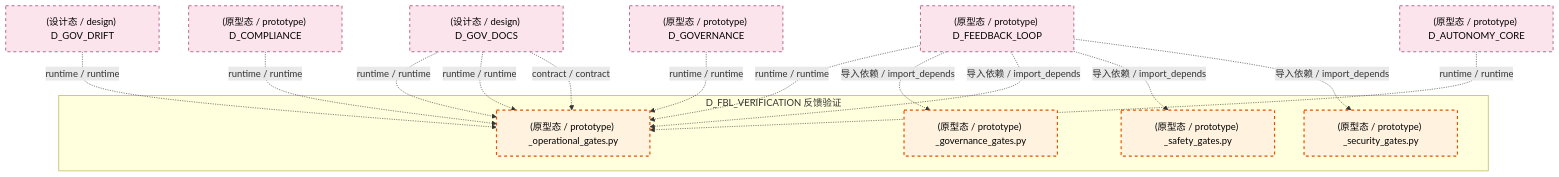
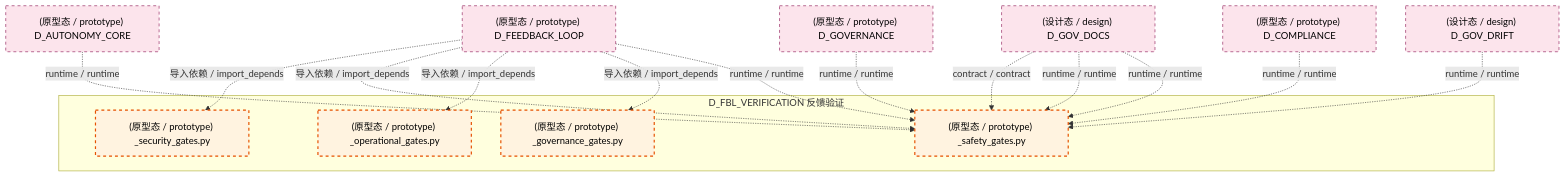
Before and after one commit to xuanFelixVan/ZephyrAlpha: the fourth of 5 diagrams in docs/02_enterprise_architecture/02_domain_architecture_docs/13_d_fbl_verification.md, drawn with Mermaid. The commit also changed other lines of this file and 123 other files, not shown here.

````diff
--- a/docs/02_enterprise_architecture/02_domain_architecture_docs/13_d_fbl_verification.md
+++ b/docs/02_enterprise_architecture/02_domain_architecture_docs/13_d_fbl_verification.md
@@ -337,33 +340,33 @@
 ```mermaid
 graph TD
     subgraph D_FBL_VERIFICATION["D_FBL_VERIFICATION 反馈验证"]
         src_zephyr_feedback_loop_gates_governance_gates_py["(原型态 / prototype) _governance_gates.py"]
         src_zephyr_feedback_loop_gates_operational_gates_py["(原型态 / prototype) _operational_gates.py"]
         src_zephyr_feedback_loop_gates_safety_gates_py["(原型态 / prototype) _safety_gates.py"]
         src_zephyr_feedback_loop_gates_security_gates_py["(原型态 / prototype) _security_gates.py"]
     end
     D_FEEDBACK_LOOP["(原型态 / prototype) D_FEEDBACK_LOOP"]
-    D_FEEDBACK_LOOP -.->|runtime / runtime| src_zephyr_feedback_loop_gates_operational_gates_py
+    D_FEEDBACK_LOOP -.->|runtime / runtime| src_zephyr_feedback_loop_gates_safety_gates_py
     D_GOV_DOCS["(设计态 / design) D_GOV_DOCS"]
-    D_GOV_DOCS -.->|runtime / runtime| src_zephyr_feedback_loop_gates_operational_gates_py
+    D_GOV_DOCS -.->|runtime / runtime| src_zephyr_feedback_loop_gates_safety_gates_py
     D_GOV_DRIFT["(设计态 / design) D_GOV_DRIFT"]
-    D_GOV_DRIFT -.->|runtime / runtime| src_zephyr_feedback_loop_gates_operational_gates_py
+    D_GOV_DRIFT -.->|runtime / runtime| src_zephyr_feedback_loop_gates_safety_gates_py
     D_COMPLIANCE["(原型态 / prototype) D_COMPLIANCE"]
-    D_COMPLIANCE -.->|runtime / runtime| src_zephyr_feedback_loop_gates_operational_gates_py
+    D_COMPLIANCE -.->|runtime / runtime| src_zephyr_feedback_loop_gates_safety_gates_py
     D_GOVERNANCE["(原型态 / prototype) D_GOVERNANCE"]
-    D_GOVERNANCE -.->|runtime / runtime| src_zephyr_feedback_loop_gates_operational_gates_py
-    D_GOV_DOCS -.->|runtime / runtime| src_zephyr_feedback_loop_gates_operational_gates_py
-    D_GOV_DOCS -.->|contract / contract| src_zephyr_feedback_loop_gates_operational_gates_py
+    D_GOVERNANCE -.->|runtime / runtime| src_zephyr_feedback_loop_gates_safety_gates_py
+    D_GOV_DOCS -.->|runtime / runtime| src_zephyr_feedback_loop_gates_safety_gates_py
+    D_GOV_DOCS -.->|contract / contract| src_zephyr_feedback_loop_gates_safety_gates_py
     D_AUTONOMY_CORE["(原型态 / prototype) D_AUTONOMY_CORE"]
-    D_AUTONOMY_CORE -.->|runtime / runtime| src_zephyr_feedback_loop_gates_operational_gates_py
+    D_AUTONOMY_CORE -.->|runtime / runtime| src_zephyr_feedback_loop_gates_safety_gates_py
     D_FEEDBACK_LOOP -.->|导入依赖 / import_depends| src_zephyr_feedback_loop_gates_governance_gates_py
     D_FEEDBACK_LOOP -.->|导入依赖 / import_depends| src_zephyr_feedback_loop_gates_operational_gates_py
     D_FEEDBACK_LOOP -.->|导入依赖 / import_depends| src_zephyr_feedback_loop_gates_safety_gates_py
     D_FEEDBACK_LOOP -.->|导入依赖 / import_depends| src_zephyr_feedback_loop_gates_security_gates_py
     classDef production fill:#e1f5fe,stroke:#01579b,stroke-width:2px,color:#000
     classDef design fill:#fff3e0,stroke:#e65100,stroke-width:2px,color:#000,stroke-dasharray: 5 5
     classDef external_prod fill:#e8f5e9,stroke:#1b5e20,stroke-width:1px,color:#000
     classDef external_design fill:#fce4ec,stroke:#880e4f,stroke-width:1px,color:#000,stroke-dasharray: 5 5
     class src_zephyr_feedback_loop_gates_governance_gates_py,src_zephyr_feedback_loop_gates_operational_gates_py,src_zephyr_feedback_loop_gates_safety_gates_py,src_zephyr_feedback_loop_gates_security_gates_py design
     class D_FEEDBACK_LOOP,D_GOV_DOCS,D_GOV_DRIFT,D_COMPLIANCE,D_GOVERNANCE,D_AUTONOMY_CORE external_design
 ```
````
